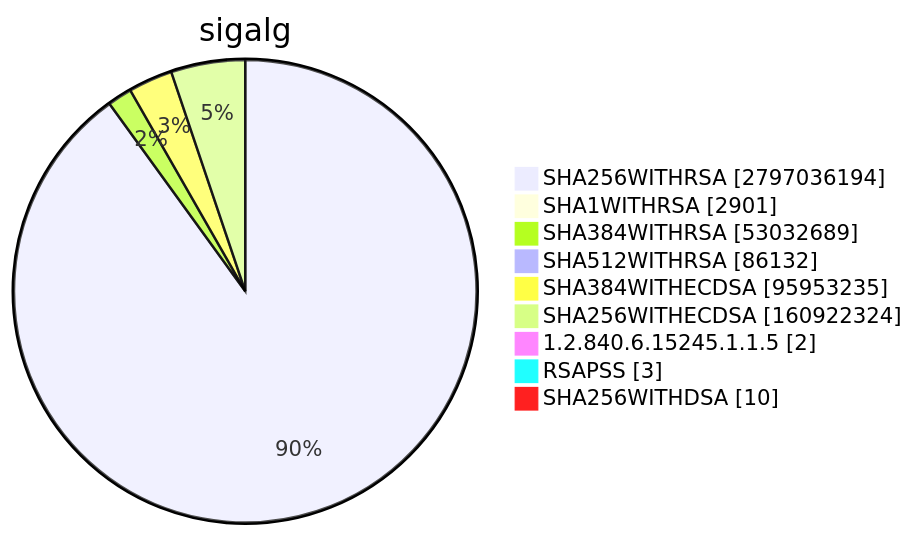
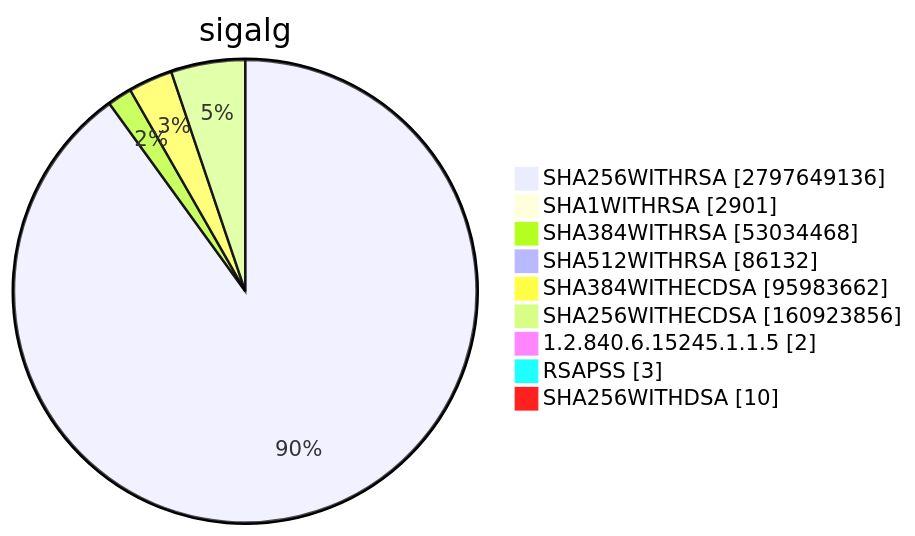
Before and after one commit to christiankrug/ctmonitor_visualization: diagram 15 of 15 in TOTAL/README.md, drawn with Mermaid. The commit also changed other lines of this file, not shown here.

````diff
--- a/TOTAL/README.md
+++ b/TOTAL/README.md
@@ -6207,13 +6207,13 @@
 ```mermaid
 pie showData
 title sigalg
-"SHA256WITHRSA" :2797036194
+"SHA256WITHRSA" :2797649136
 "SHA1WITHRSA" :2901
-"SHA384WITHRSA" :53032689
+"SHA384WITHRSA" :53034468
 "SHA512WITHRSA" :86132
-"SHA384WITHECDSA" :95953235
-"SHA256WITHECDSA" :160922324
+"SHA384WITHECDSA" :95983662
+"SHA256WITHECDSA" :160923856
 "1.2.840.6.15245.1.1.5" :2
 "RSAPSS" :3
 "SHA256WITHDSA" :10
 ```
````
